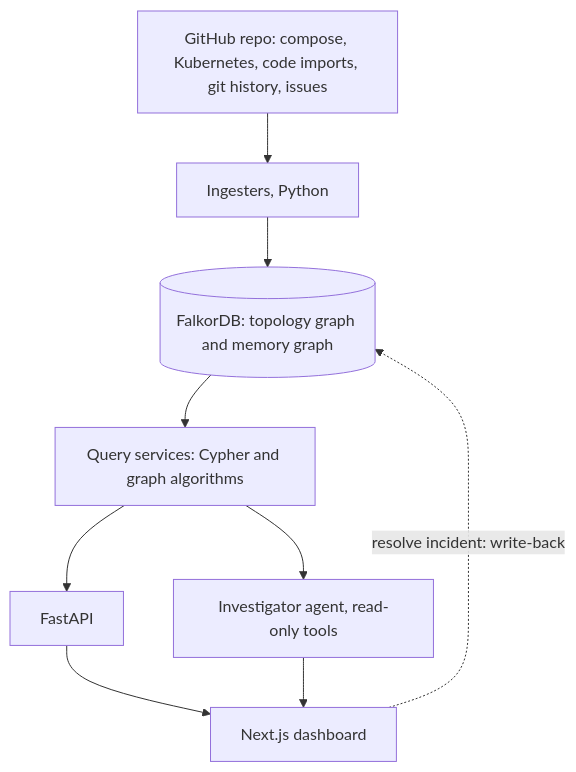
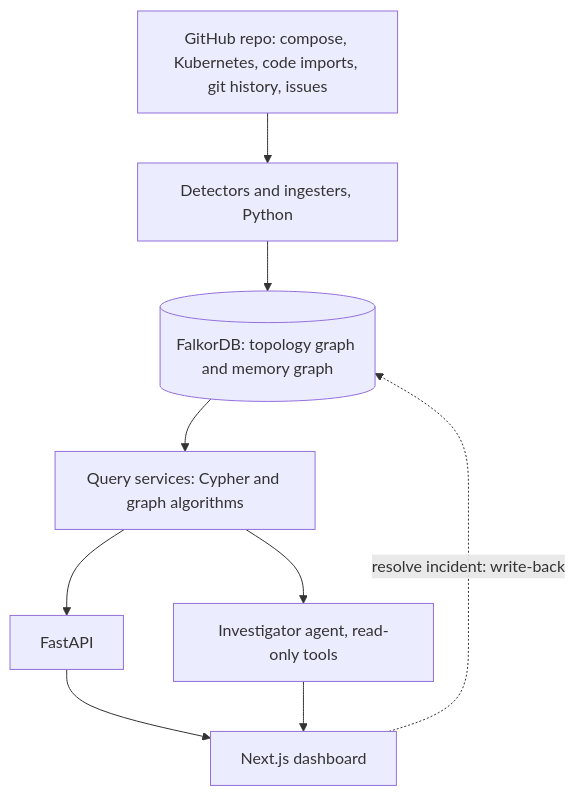
Before and after one commit to sanikaap/Rhizo: the diagram in README.md, drawn with Mermaid. The commit also changed other lines of this file and 1 other file, not shown here.

````diff
--- a/README.md
+++ b/README.md
@@ -45,11 +59,11 @@
 ```mermaid
 flowchart TD
-    A[GitHub repo: compose, Kubernetes, code imports, git history, issues] --> B[Ingesters, Python]
+    A[GitHub repo: compose, Kubernetes, code imports, git history, issues] --> B[Detectors and ingesters, Python]
     B --> C[(FalkorDB: topology graph and memory graph)]
     C --> D[Query services: Cypher and graph algorithms]
     D --> E[FastAPI]
     D --> F[Investigator agent, read-only tools]
     E --> G[Next.js dashboard]
     F --> G
     G -. resolve incident: write-back .-> C
 ```
````
